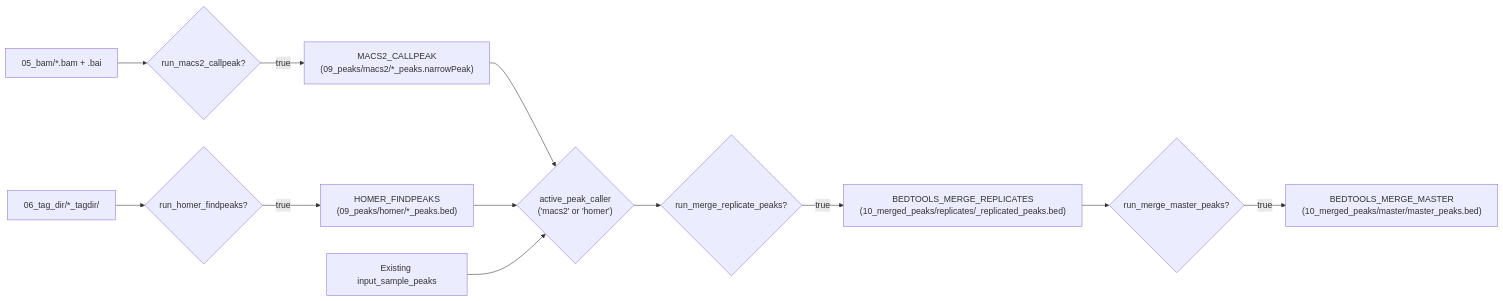
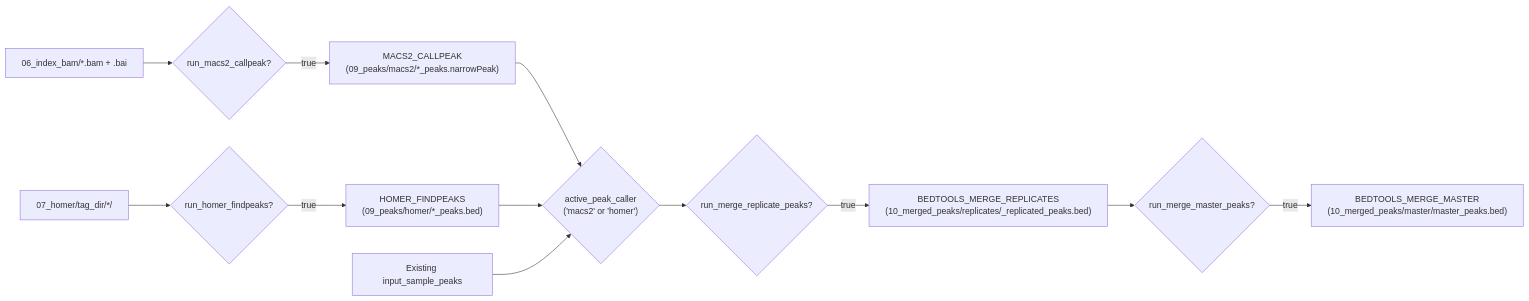
Before and after one commit to DanHUMassMed/Cut_And_Run_Analysis: the second of 3 diagrams in docs/USERS_GUIDE.md, drawn with Mermaid. The commit also changed other lines of this file and 9 other files, not shown here.

````diff
--- a/docs/USERS_GUIDE.md
+++ b/docs/USERS_GUIDE.md
@@ -180,18 +171,18 @@
 ```mermaid
 flowchart LR
-    BAM["05_bam/*.bam + .bai"] --> MACS2_TOGGLE{"run_macs2_callpeak?"}
+    BAM["06_index_bam/*.bam + .bai"] --> MACS2_TOGGLE{"run_macs2_callpeak?"}
     MACS2_TOGGLE -- "true" --> MACS2["MACS2_CALLPEAK\n(09_peaks/macs2/*_peaks.narrowPeak)"]
 
-    TAG["06_tag_dir/*_tagdir/"] --> HOMER_TOGGLE{"run_homer_findpeaks?"}
+    TAG["07_homer/tag_dir/*/"] --> HOMER_TOGGLE{"run_homer_findpeaks?"}
     HOMER_TOGGLE -- "true" --> HOMER_PK["HOMER_FINDPEAKS\n(09_peaks/homer/*_peaks.bed)"]
 
     MACS2 --> CALLER{"active_peak_caller\n('macs2' or 'homer')"}
     HOMER_PK --> CALLER
     EXIST_PK["Existing input_sample_peaks"] --> CALLER
 
     CALLER --> REP_TOGGLE{"run_merge_replicate_peaks?"}
     REP_TOGGLE -- "true" --> REP_MERGE["BEDTOOLS_MERGE_REPLICATES\n(10_merged_peaks/replicates/<condition>_replicated_peaks.bed)"]
 
     REP_MERGE --> MASTER_TOGGLE{"run_merge_master_peaks?"}
     MASTER_TOGGLE -- "true" --> MASTER["BEDTOOLS_MERGE_MASTER\n(10_merged_peaks/master/master_peaks.bed)"]
 ```
````
